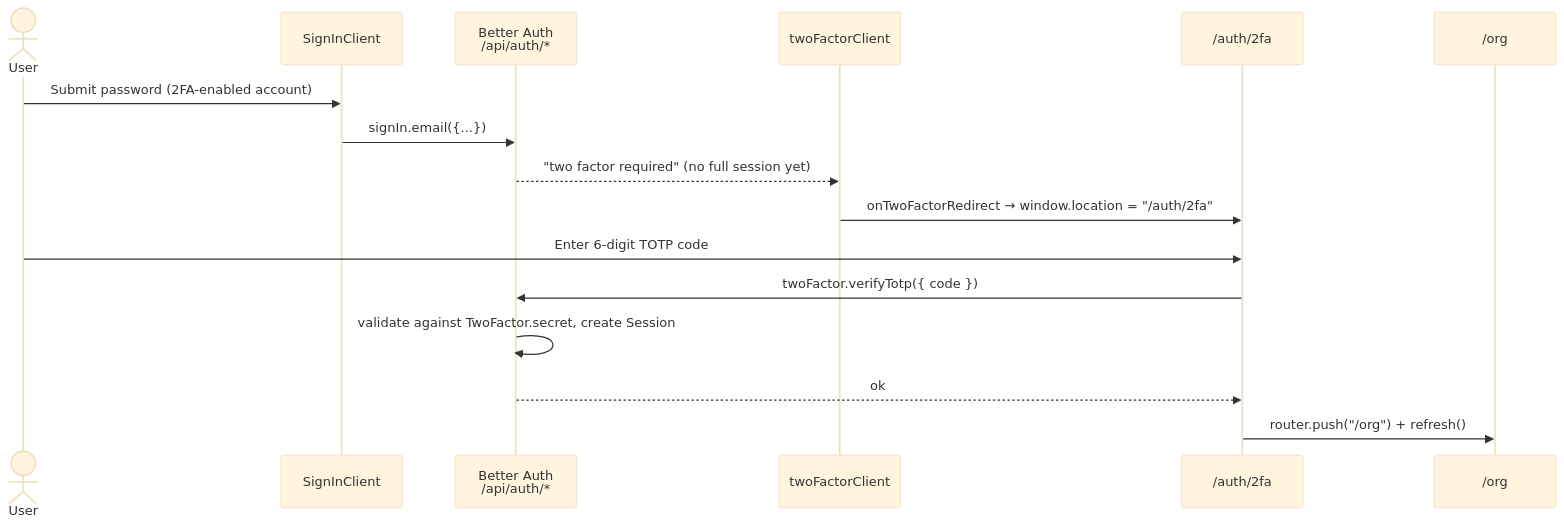
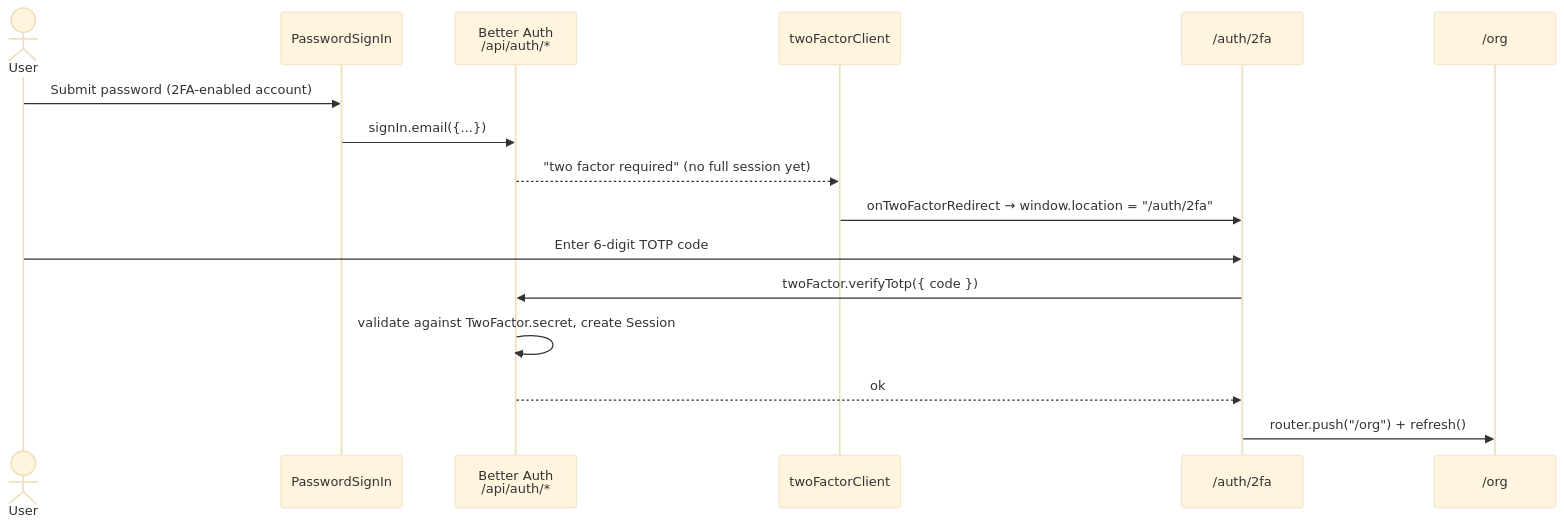
The diagram in apps/docs/content/docs/authentication/two-factor.mdx (saasprokit-com/saasprokit), drawn with Mermaid (base theme) before and after one commit. The commit also changed other lines of this file and 7 other files, not shown here.

````diff
--- a/apps/docs/content/docs/authentication/two-factor.mdx
+++ b/apps/docs/content/docs/authentication/two-factor.mdx
@@ -71,19 +71,19 @@
 ```mermaid
 sequenceDiagram
     actor User
-    participant SignIn as SignInClient
+    participant SignIn as PasswordSignIn
     participant BA as Better Auth<br/>/api/auth/*
     participant Client as twoFactorClient
     participant TFA as /auth/2fa
     participant Org as /org
 
     User->>SignIn: Submit password (2FA-enabled account)
     SignIn->>BA: signIn.email({...})
     BA-->>Client: "two factor required" (no full session yet)
     Client->>TFA: onTwoFactorRedirect → window.location = "/auth/2fa"
     User->>TFA: Enter 6-digit TOTP code
     TFA->>BA: twoFactor.verifyTotp({ code })
     BA->>BA: validate against TwoFactor.secret, create Session
     BA-->>TFA: ok
     TFA->>Org: router.push("/org") + refresh()
 ```
````
